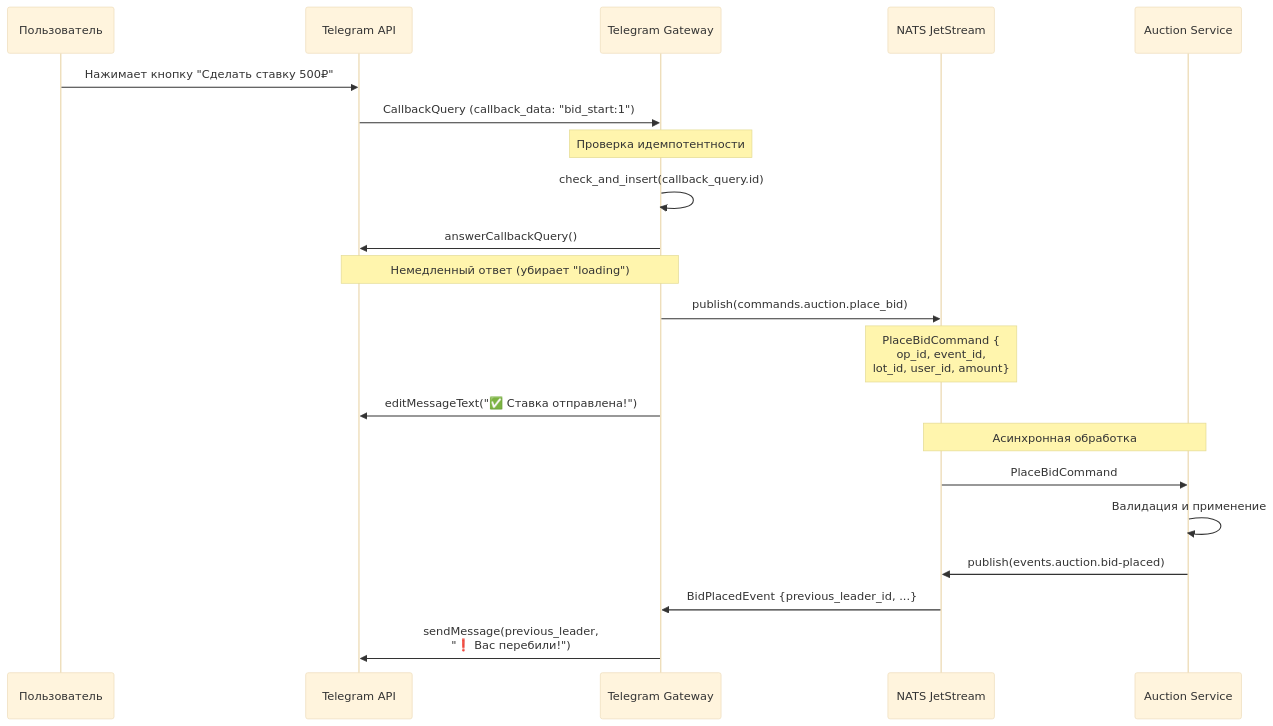
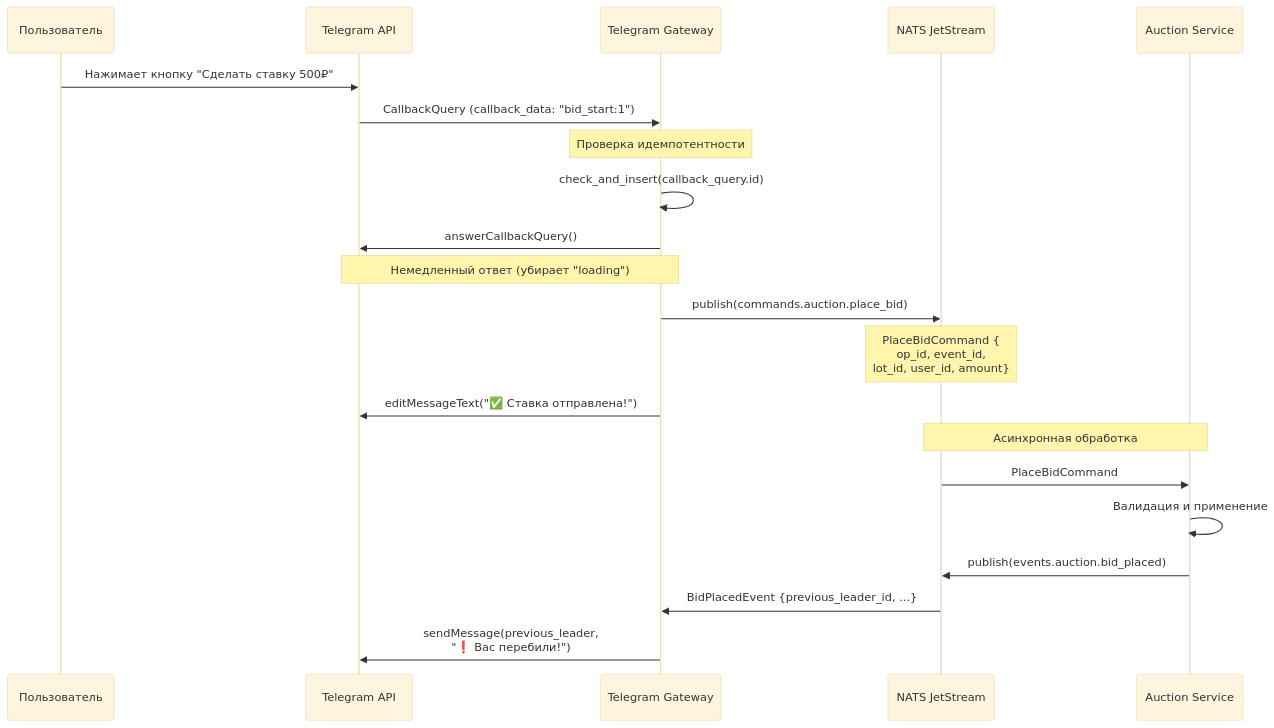
The first of 2 diagrams in docs/02_SERVICES/telegram-gateway.md (Solguficky/solguficky-hub), drawn with Mermaid (base theme) before and after one commit. The commit also changed 19 other files, not shown here.

````diff
--- a/docs/02_SERVICES/telegram-gateway.md
+++ b/docs/02_SERVICES/telegram-gateway.md
@@ -208,30 +208,30 @@
 ```mermaid
 sequenceDiagram
     participant User as Пользователь
     participant TG as Telegram API
     participant Gateway as Telegram Gateway
     participant NATS as NATS JetStream
     participant Auction as Auction Service
 
     User->>TG: Нажимает кнопку "Сделать ставку 500₽"
     TG->>Gateway: CallbackQuery (callback_data: "bid_start:1")
 
     Note over Gateway: Проверка идемпотентности
     Gateway->>Gateway: check_and_insert(callback_query.id)
 
     Gateway->>TG: answerCallbackQuery()
     Note over Gateway,TG: Немедленный ответ (убирает "loading")
 
     Gateway->>NATS: publish(commands.auction.place_bid)
     Note over NATS: PlaceBidCommand {<br/>op_id, event_id,<br/>lot_id, user_id, amount}
 
     Gateway->>TG: editMessageText("✅ Ставка отправлена!")
 
     Note over NATS,Auction: Асинхронная обработка
     NATS->>Auction: PlaceBidCommand
     Auction->>Auction: Валидация и применение
-    Auction->>NATS: publish(events.auction.bid-placed)
+    Auction->>NATS: publish(events.auction.bid_placed)
 
     NATS->>Gateway: BidPlacedEvent {previous_leader_id, ...}
     Gateway->>TG: sendMessage(previous_leader,<br/>"❗ Вас перебили!")
 ```
````
